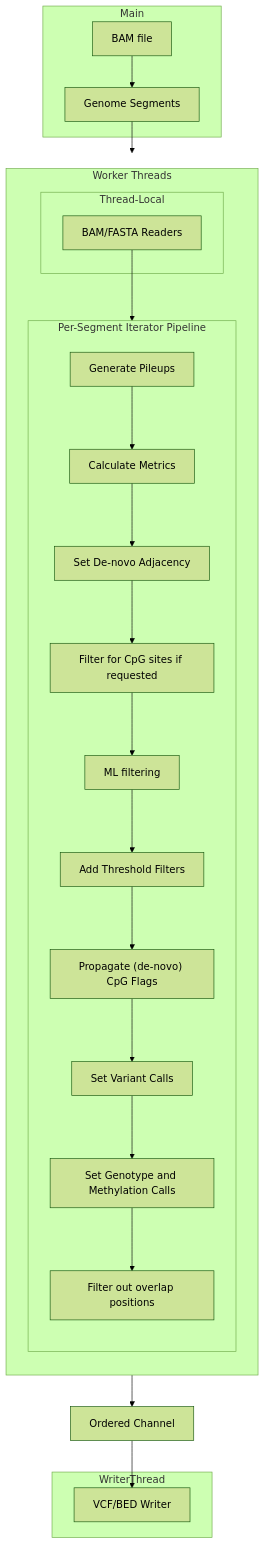
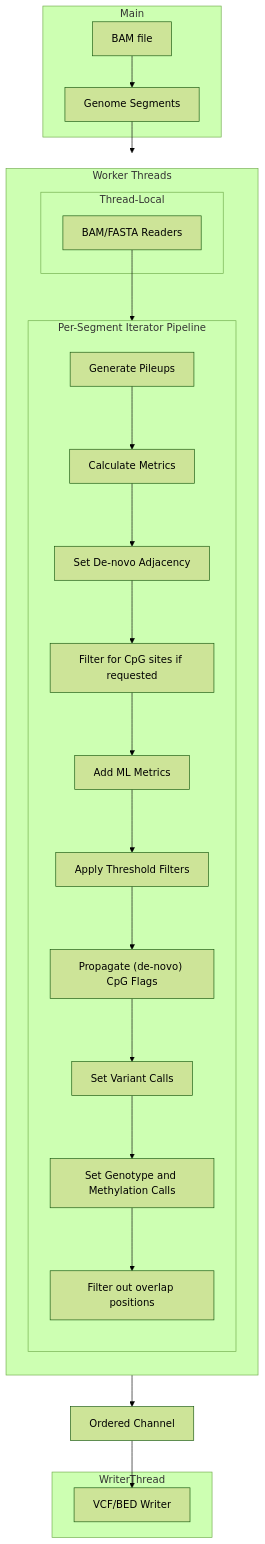
Before and after one commit to bsbludwig/rastair: the diagram in docs/src/architecture.md, drawn with Mermaid (forest theme). The commit also changed other lines of this file and 13 other files, not shown here.

````diff
--- a/docs/src/architecture.md
+++ b/docs/src/architecture.md
@@ -52,42 +52,42 @@
 ```mermaid
 flowchart TB
     Segments --> Pipeline
-    P11 --> Channel
+    P10 --> Channel
     Channel --> Writer
 
     Channel["Ordered Channel"]
 
     subgraph Main
         BamReader["BAM file"] --> Segments["Genome Segments"]
     end
     
     subgraph WriterThread
         Writer["VCF/BED Writer"]
     end
 
     subgraph Worker[Worker Threads]
         direction TB
 
         subgraph TLS["Thread-Local"]
             Readers["BAM/FASTA Readers"]
         end
 
         subgraph Pipeline["Per-Segment Iterator Pipeline"]
             direction TB
             
             P1[Generate Pileups]
             P2[Calculate Metrics]
             P3[Set De-novo Adjacency]
-            P5[Filter for CpG sites if requested]
-            P7[Add Threshold Filters]
-            P6[ML filtering]
-            P8["Propagate (de-novo) CpG Flags"]
-            P9[Set Variant Calls]
-            P10[Set Genotype and Methylation Calls]
-            P11[Filter out overlap positions]
+            P4[Filter for CpG sites if requested]
+            P5[Add ML Metrics]
+            P6[Apply Threshold Filters]
+            P7["Propagate (de-novo) CpG Flags"]
+            P8[Set Variant Calls]
+            P9[Set Genotype and Methylation Calls]
+            P10[Filter out overlap positions]
             
-            P1 --> P2 --> P3 --> P5 --> P6 --> P7 --> P8 --> P9 --> P10 --> P11
+            P1 --> P2 --> P3 --> P4 --> P5 --> P6 --> P7 --> P8 --> P9 --> P10
             Readers --> P1
         end 
     end
 ```
````
